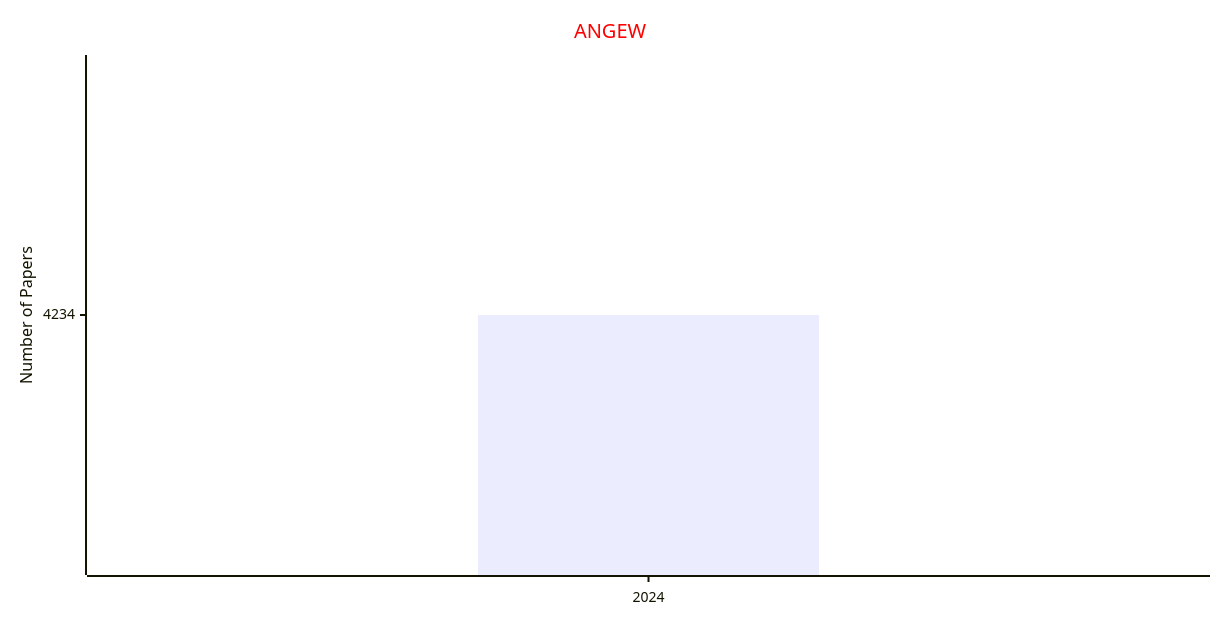
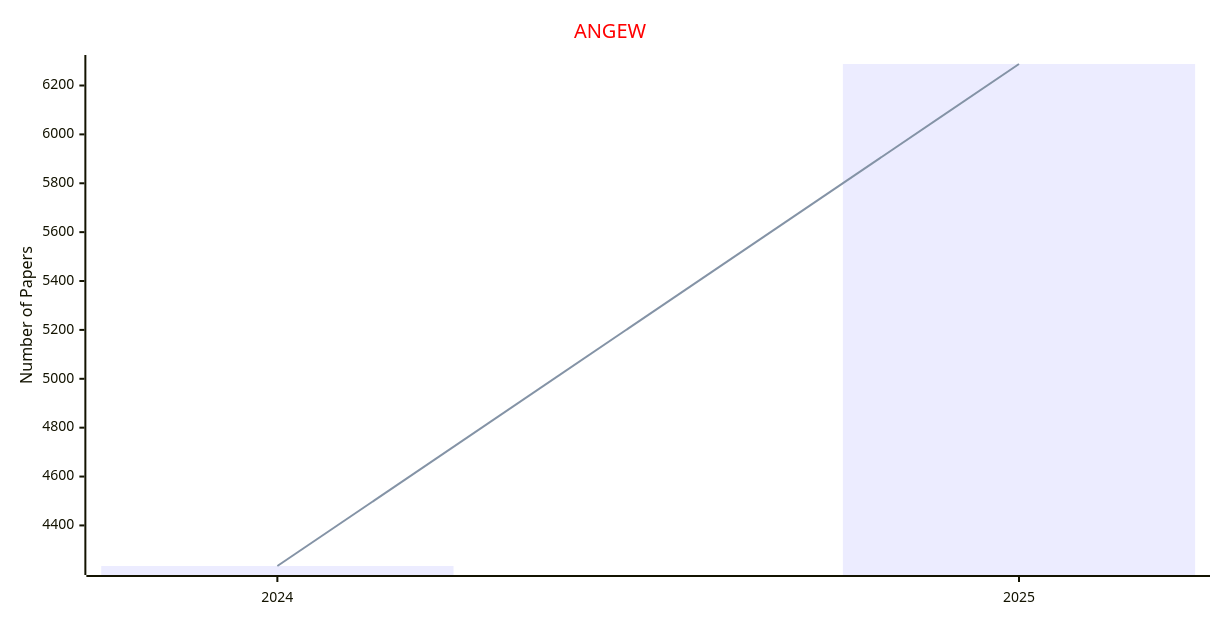
Before and after one commit to Easy-PhD/AILinks: the fifth of 6 diagrams in docs/data/Journals/Statistics_Journals/Chemistry.md, drawn with Mermaid. The commit also changed other lines of this file and 107 other files, not shown here.

````diff
--- a/docs/data/Journals/Statistics_Journals/Chemistry.md
+++ b/docs/data/Journals/Statistics_Journals/Chemistry.md
@@ -105,17 +105,17 @@
 ```mermaid
 ---
 config:
     xyChart:
         width: 1200
         height: 600
     themeVariables:
         xyChart:
             titleColor: "#ff0000"
 ---
 xychart-beta
     title "ANGEW"
-    x-axis [2024]
+    x-axis [2024, 2025]
     y-axis "Number of Papers"
-    bar [4234]
-    line [4234]
+    bar [4234, 6288]
+    line [4234, 6288]
 ```
````
